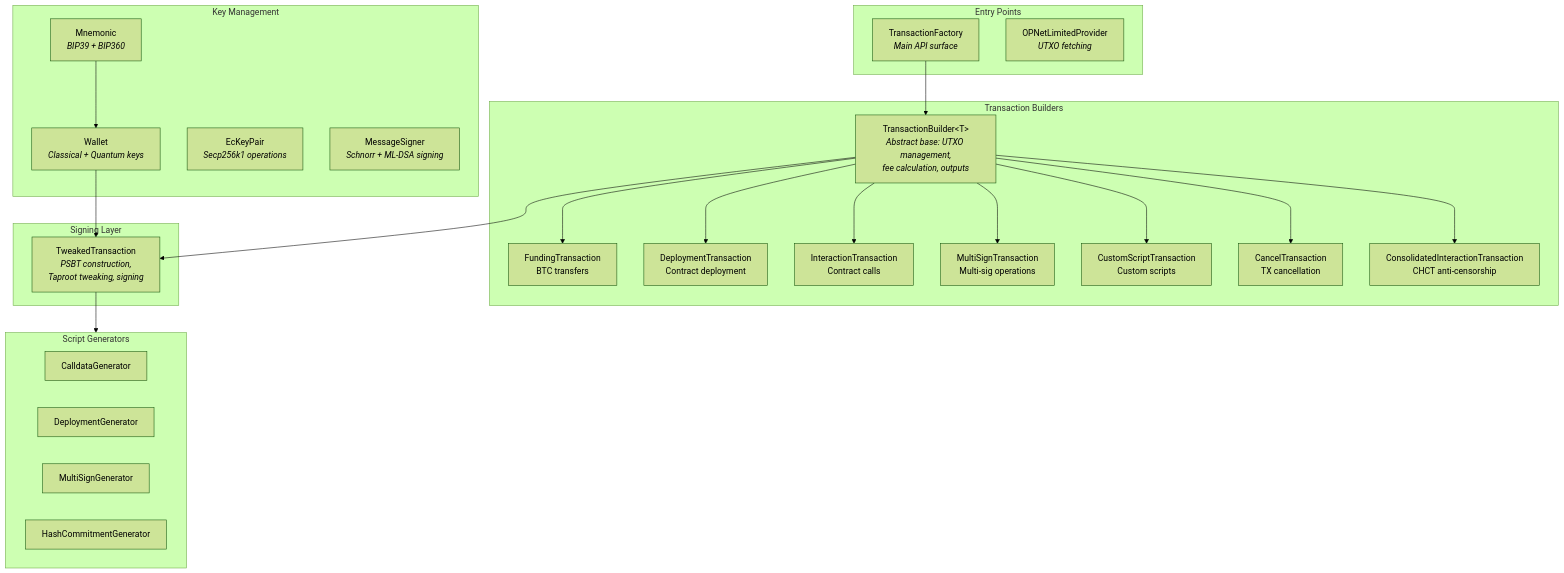
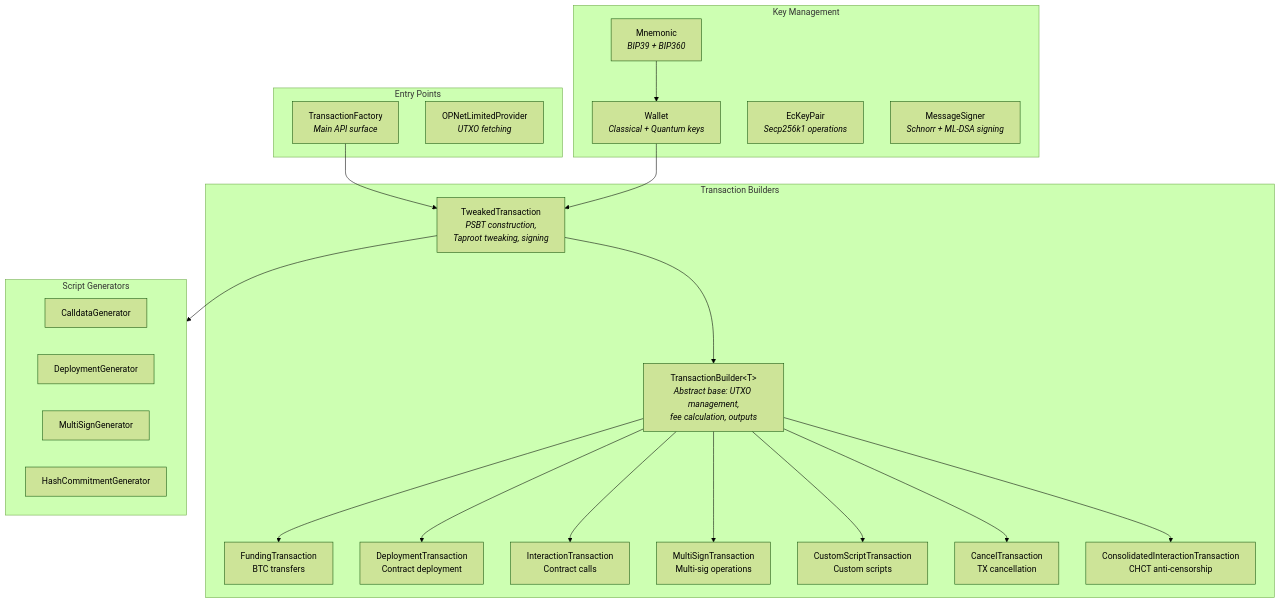
One commit to btc-vision/transaction changed the first of 5 diagrams in documentation/getting-started/overview.md. Above: the diagram before and after it, drawn with Mermaid (forest theme). The commit also changed other lines of this file and 23 other files, not shown here.

````diff
--- a/documentation/getting-started/overview.md
+++ b/documentation/getting-started/overview.md
@@ -30,42 +30,39 @@
 ```mermaid
 flowchart TB
     subgraph EntryPoints["Entry Points"]
         TF["TransactionFactory<br/><i>Main API surface</i>"]
         OP["OPNetLimitedProvider<br/><i>UTXO fetching</i>"]
     end
 
     subgraph Builders["Transaction Builders"]
+        TT["TweakedTransaction<br/><i>PSBT construction,<br/>Taproot tweaking, signing</i>"]
         TB["TransactionBuilder&lt;T&gt;<br/><i>Abstract base: UTXO management,<br/>fee calculation, outputs</i>"]
+        TT --> TB
         TB --> FT["FundingTransaction<br/>BTC transfers"]
         TB --> DT["DeploymentTransaction<br/>Contract deployment"]
         TB --> IT["InteractionTransaction<br/>Contract calls"]
         TB --> MT["MultiSignTransaction<br/>Multi-sig operations"]
         TB --> CT["CustomScriptTransaction<br/>Custom scripts"]
         TB --> XT["CancelTransaction<br/>TX cancellation"]
         TB --> CI["ConsolidatedInteractionTransaction<br/>CHCT anti-censorship"]
-    end
-
-    subgraph Signing["Signing Layer"]
-        TT["TweakedTransaction<br/><i>PSBT construction,<br/>Taproot tweaking, signing</i>"]
     end
 
     subgraph Generators["Script Generators"]
         CG["CalldataGenerator"]
         DG["DeploymentGenerator"]
         MG["MultiSignGenerator"]
         HG["HashCommitmentGenerator"]
     end
 
     subgraph KeyManagement["Key Management"]
         MN["Mnemonic<br/><i>BIP39 + BIP360</i>"]
         WL["Wallet<br/><i>Classical + Quantum keys</i>"]
         EC["EcKeyPair<br/><i>Secp256k1 operations</i>"]
         MS["MessageSigner<br/><i>Schnorr + ML-DSA signing</i>"]
     end
 
-    TF --> TB
-    TB --> TT
+    TF --> TT
     TT --> Generators
     MN --> WL
     WL --> TT
 ```
````
